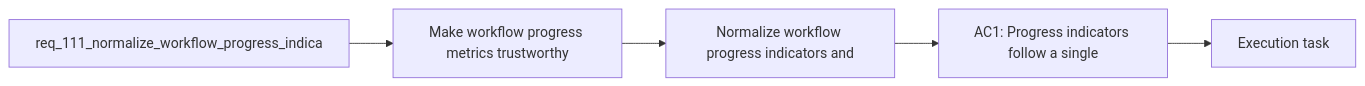
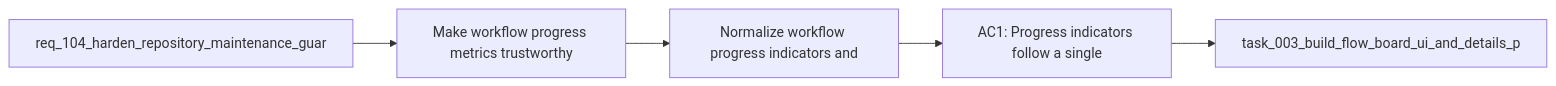
Before and after one commit to AlexAgo83/logics-manager: the diagram in logics/backlog/item_198_normalize_workflow_progress_indicators_and_close_placeholder_debt_in_completed_docs.md, drawn with Mermaid. The commit also changed other lines of this file and 481 other files, not shown here.

Commit message:
Normalize Logics docs and workflow indicators

````diff
--- a/logics/backlog/item_198_normalize_workflow_progress_indicators_and_close_placeholder_debt_in_completed_docs.md
+++ b/logics/backlog/item_198_normalize_workflow_progress_indicators_and_close_placeholder_debt_in_completed_docs.md
@@ -23,9 +23,9 @@
 ```mermaid
 %% logics-kind: backlog
 %% logics-signature: backlog|normalize-workflow-progress-indicators-a|req-104-harden-repository-maintenance-gu|make-workflow-progress-metrics-trustwort|ac1-progress-indicators-follow-a-single
 flowchart LR
-    Request[req_111_normalize_workflow_progress_indica] --> Problem[Make workflow progress metrics trustworthy]
+    Request[req_104_harden_repository_maintenance_guar] --> Problem[Make workflow progress metrics trustworthy]
     Problem --> Scope[Normalize workflow progress indicators and]
     Scope --> Acceptance[AC1: Progress indicators follow a single]
-    Acceptance --> Tasks[Execution task]
+    Acceptance --> Tasks[task_003_build_flow_board_ui_and_details_p]
 ```
````
